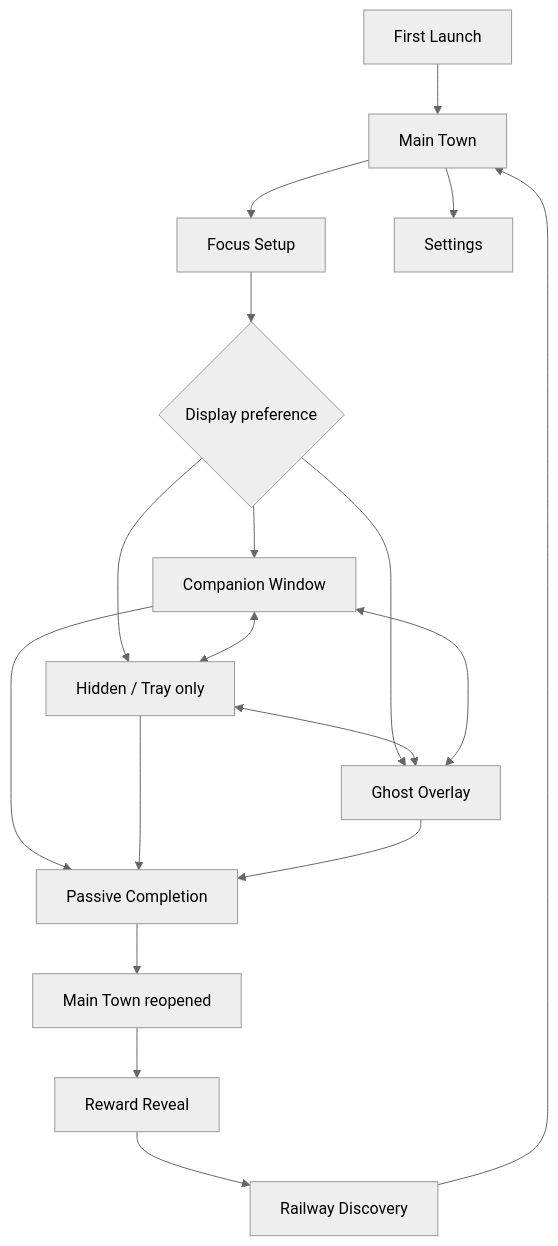
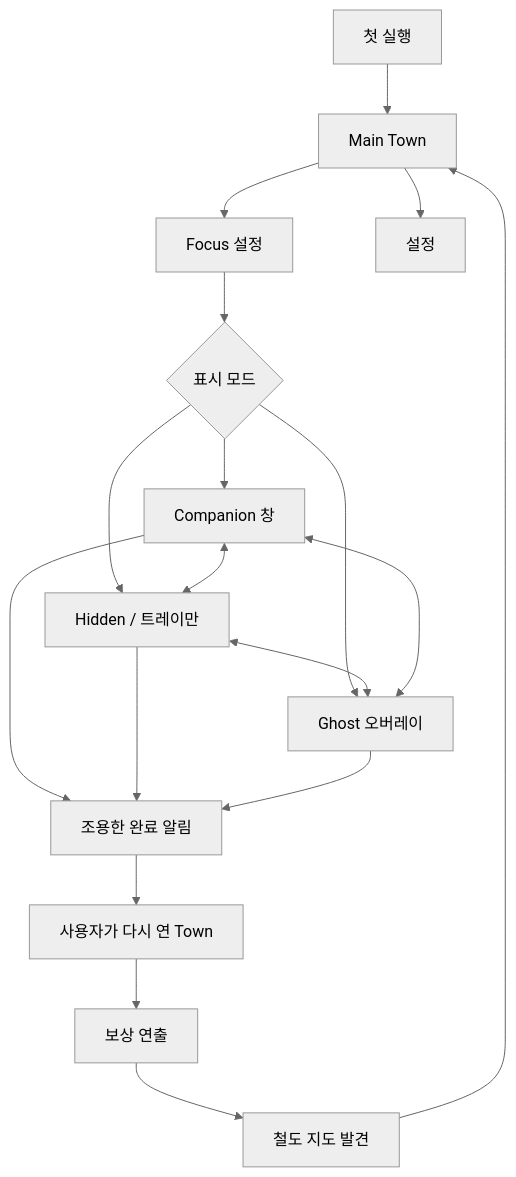
The first of 3 diagrams in docs/design/UX_FLOW.md (Seunghyun0606/desktown), drawn with Mermaid (neutral theme) before and after one commit. The commit also changed other lines of this file and 5 other files, not shown here.

````diff
--- a/docs/design/UX_FLOW.md
+++ b/docs/design/UX_FLOW.md
@@ -28,20 +21,20 @@
 ```mermaid
 flowchart TD
-    A["First Launch"] --> B["Main Town"]
-    B --> C["Focus Setup"]
-    C --> D{"Display preference"}
-    D --> E["Companion Window"]
-    D --> F["Hidden / Tray only"]
-    D --> G["Ghost Overlay"]
+    A["첫 실행"] --> B["Main Town"]
+    B --> C["Focus 설정"]
+    C --> D{"표시 모드"}
+    D --> E["Companion 창"]
+    D --> F["Hidden / 트레이만"]
+    D --> G["Ghost 오버레이"]
     E <--> F
     F <--> G
     G <--> E
-    E --> H["Passive Completion"]
+    E --> H["조용한 완료 알림"]
     F --> H
     G --> H
-    H --> I["Main Town reopened"]
-    I --> J["Reward Reveal"]
-    J --> K["Railway Discovery"]
+    H --> I["사용자가 다시 연 Town"]
+    I --> J["보상 연출"]
+    J --> K["철도 지도 발견"]
     K --> B
-    B --> L["Settings"]
+    B --> L["설정"]
 ```
````
